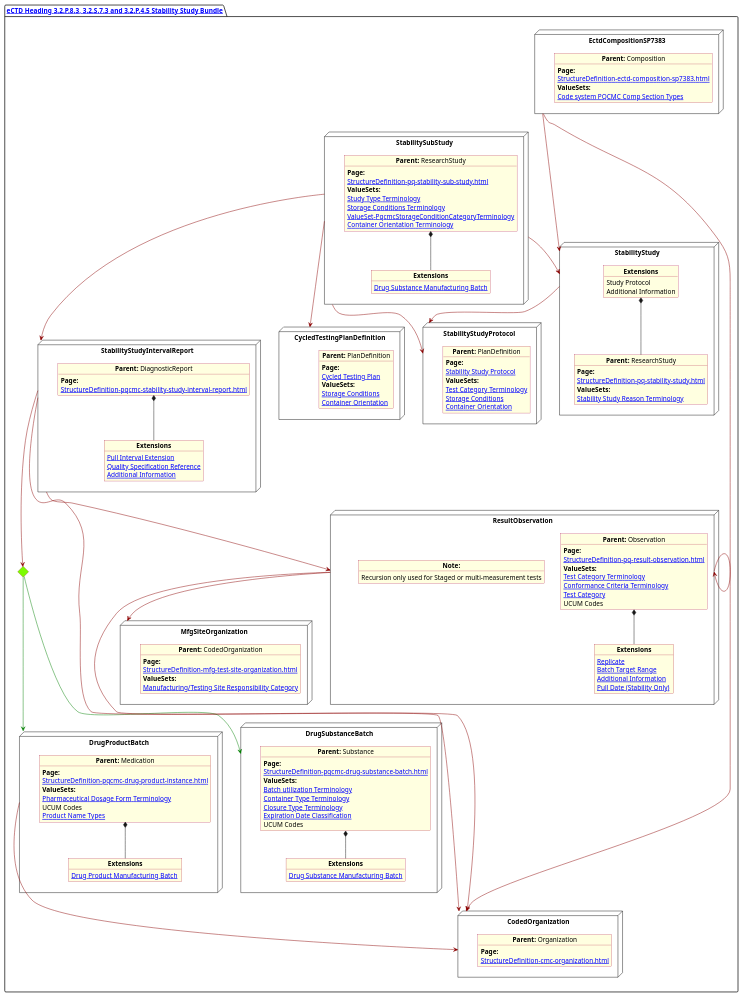
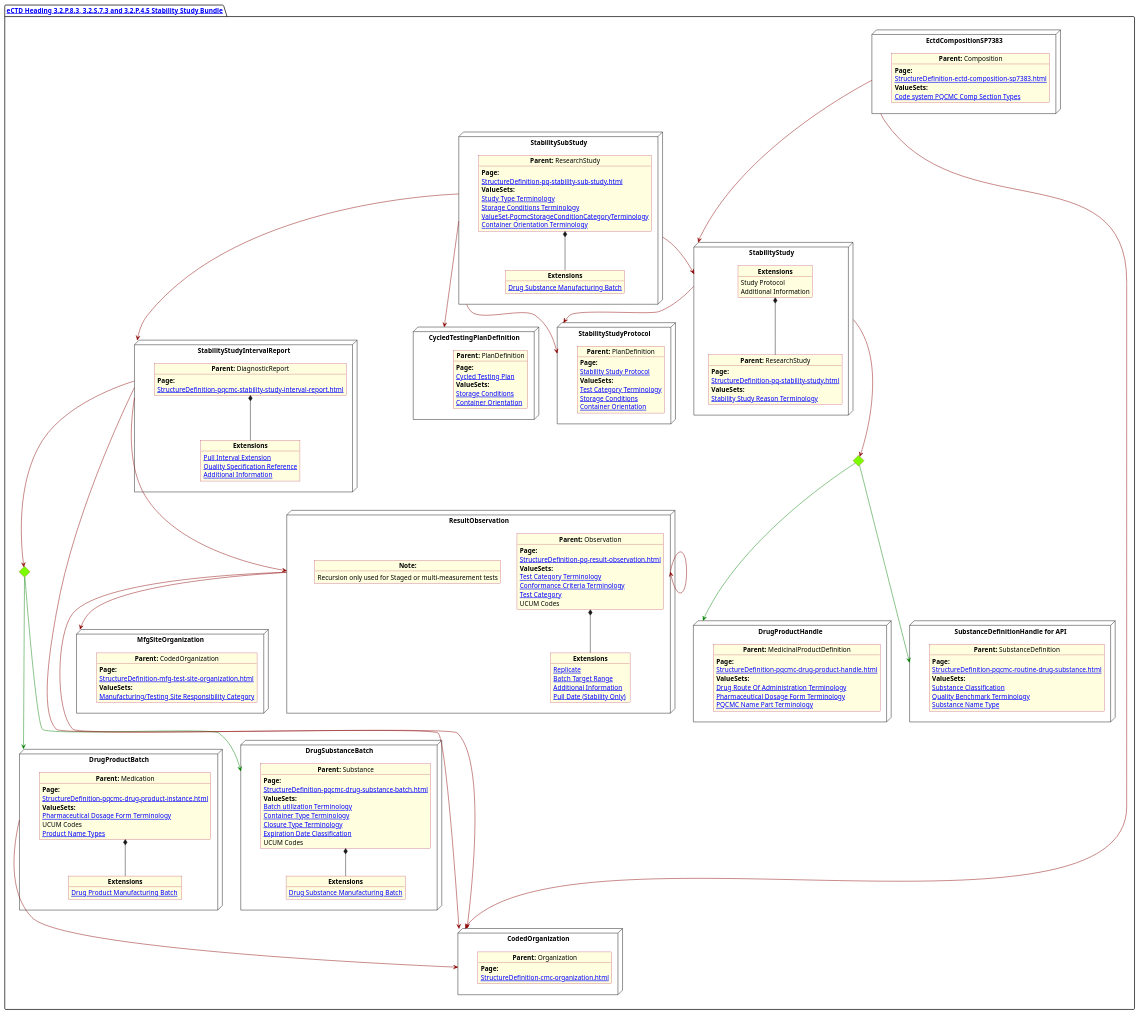
One commit to HL7/FHIR-us-pq-cmc-fda changed the diagram in input/images-source/Stability.plantuml. Above: the diagram before and after it, drawn with PlantUML. The commit also changed 7 other files, not shown here.

Commit message:
Used of extension for all Test Categoriis thoughout IG:  Modiled stability for cleaner disign requireing only two later of research study.  Updated stabilty diagram and text.

```diff
--- a/input/images-source/Stability.plantuml
+++ b/input/images-source/Stability.plantuml
@@ -69,7 +69,7 @@
 
     diamond CH
 
-    node "StabilityStudyProtocol "as stabilityStudyProtocol {
+    node "StabilityStudyProtocol" as stabilityStudyProtocol {
         object "**Parent:** PlanDefinition" as obj5 {
             **Page:**
             [[StructureDefinition-pq-stability-study-protocol.html Stability Study Protocol]]
@@ -173,11 +173,39 @@
         object "**Note:**" as referenceNote {
             Recursion only used for Staged or multi-measurement tests
         }
-
     }
 
+    diamond CH2
+
+    node "DrugProductHandle" as MDI {
+
+        object "**Parent:** MedicinalProductDefinition" as obj44 {
+            **Page:**
+            [[StructureDefinition-pqcmc-drug-product-handle.html]]
+            **ValueSets:**
+            [[ValueSet-spl-drug-route-of-administration-terminology.html Drug Route Of Administration Terminology]]
+            [[ValueSet-spl-pharmaceutical-dosage-form-terminology.html Pharmaceutical Dosage Form Terminology]]
+            [[ValueSet-pqcmc-name-part-terminology.html PQCMC Name Part Terminology]]
+        }
+    }
+
+    node "SubstanceDefinitionHandle for API" as SubHandle {
+
+        object "**Parent:** SubstanceDefinition" as obj77 {
+            **Page:**
+            [[StructureDefinition-pqcmc-routine-drug-substance.html]]
+            **ValueSets:**
+            [[ValueSet-substance-classification.html Substance Classification]]
+            [[ValueSet-pqcmc-quality-benchmark-terminology.html Quality Benchmark Terminology]]
+            [[ValueSet-pqcmc-substance-name-type.html Substance Name Type]]
+
+        }
+    }
 
     ectdComposition -[#darkred]--> codedOrganization
+    stabilityStudy -[#darkred]--> CH2
+    CH2 -[#green]--> MDI
+    CH2 -[#green]--> SubHandle
     stabilityStudy -[#darkred]-> stabilityStudyProtocol
     stabilitySubStudy -[#darkred]-> stabilityStudyProtocol
     drugProductBatch -[#darkred]--> codedOrganization
```
